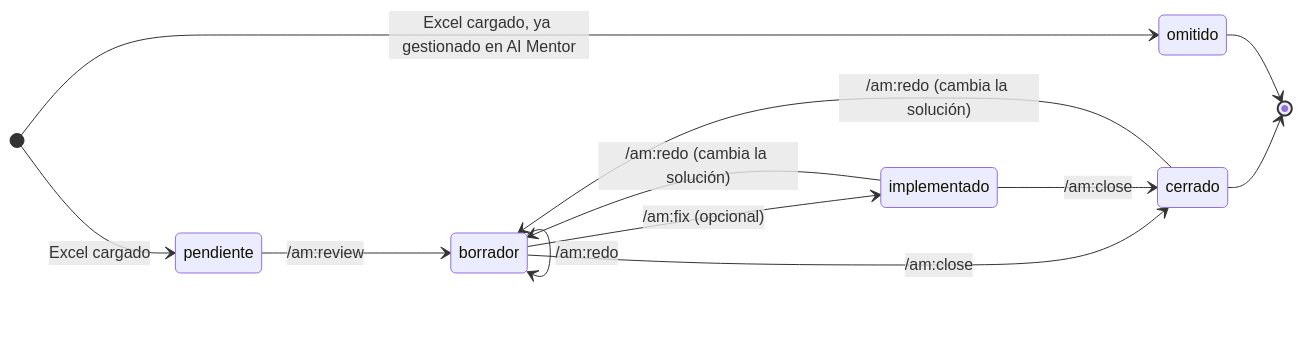
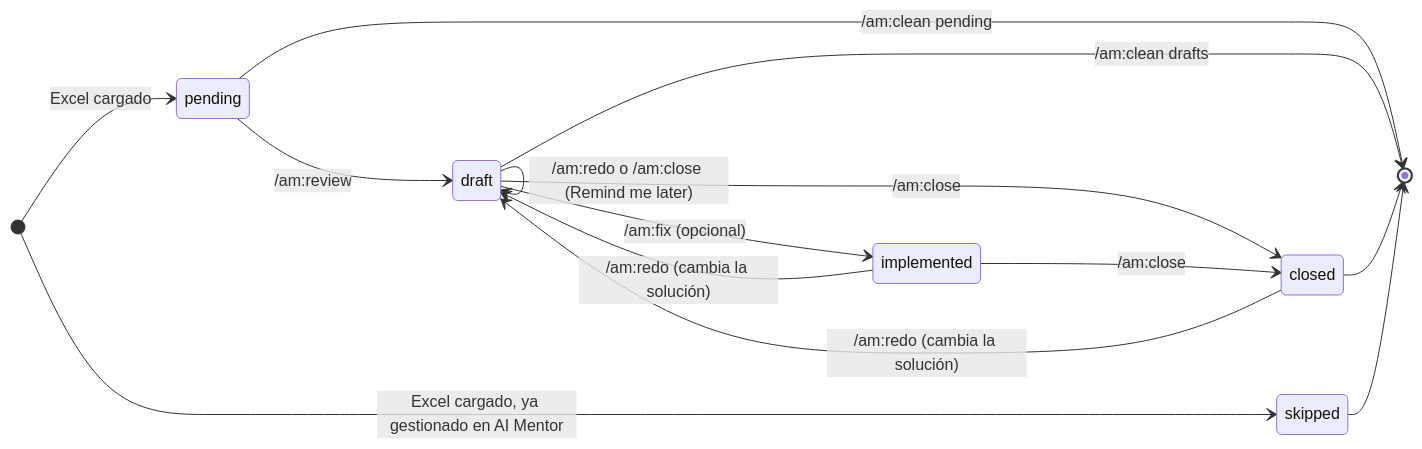
The diagram in README.md (nuki23/am-plugin), drawn with Mermaid before and after one commit. The commit also changed other lines of this file and 10 other files, not shown here.

First line of the commit message:
feat: nombres en inglés, estados de AI Mentor y comando /am:clean

````diff
--- a/README.md
+++ b/README.md
@@ -78,15 +91,17 @@
 ```mermaid
 stateDiagram-v2
     direction LR
-    [*] --> pendiente: Excel cargado
-    [*] --> omitido: Excel cargado, ya gestionado en AI Mentor
-    pendiente --> borrador: /am#58;review
-    borrador --> implementado: /am#58;fix (opcional)
-    borrador --> cerrado: /am#58;close
-    implementado --> cerrado: /am#58;close
-    borrador --> borrador: /am#58;redo
-    implementado --> borrador: /am#58;redo (cambia la solución)
-    cerrado --> borrador: /am#58;redo (cambia la solución)
-    cerrado --> [*]
-    omitido --> [*]
+    [*] --> pending: Excel cargado
+    [*] --> skipped: Excel cargado, ya gestionado en AI Mentor
+    pending --> draft: /am#58;review
+    draft --> implemented: /am#58;fix (opcional)
+    draft --> closed: /am#58;close
+    implemented --> closed: /am#58;close
+    draft --> draft: /am#58;redo o /am#58;close (Remind me later)
+    implemented --> draft: /am#58;redo (cambia la solución)
+    closed --> draft: /am#58;redo (cambia la solución)
+    pending --> [*]: /am#58;clean pending
+    draft --> [*]: /am#58;clean drafts
+    closed --> [*]
+    skipped --> [*]
 ```
````
